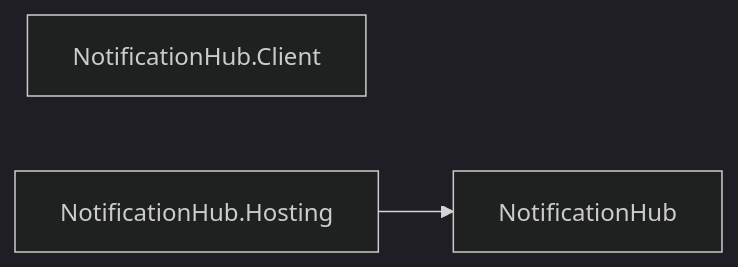
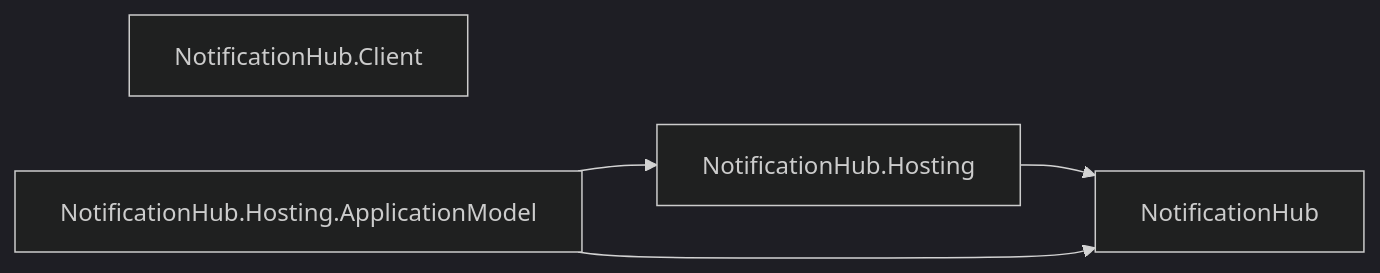
Before and after one commit to assimalign/cohesion: diagram 23 of 27 in docs/DEPENDENCIES.md, drawn with Mermaid (dark theme). The commit also changed other lines of this file and 454 other files, not shown here.

First line of the commit message:
feat(resources): give every resource area a Hosting.ApplicationModel integration

````diff
--- a/docs/DEPENDENCIES.md
+++ b/docs/DEPENDENCIES.md
@@ -856,7 +899,10 @@
 ```mermaid
 flowchart LR
     N0["NotificationHub"]
     N1["NotificationHub.Client"]
     N2["NotificationHub.Hosting"]
+    N3["NotificationHub.Hosting.ApplicationModel"]
     N2 --> N0
+    N3 --> N0
+    N3 --> N2
 ```
````
